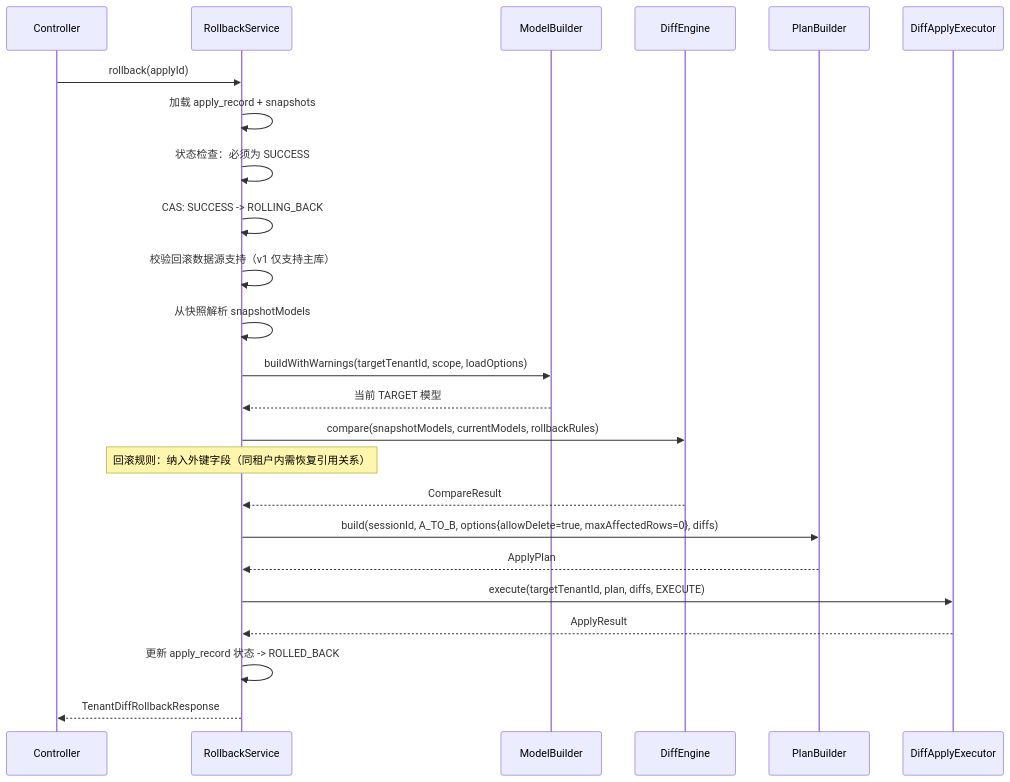
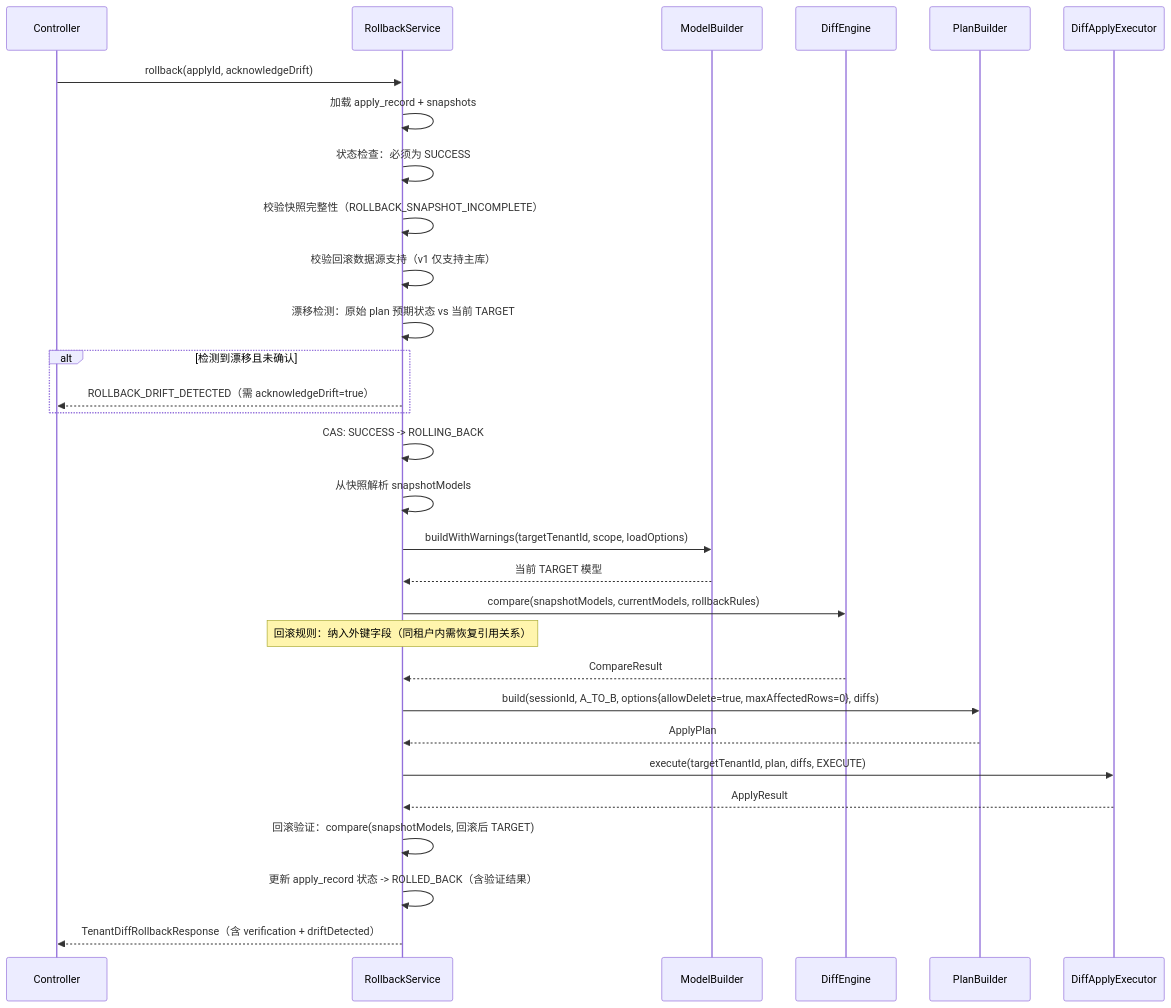
One commit to shiyongyin/diff changed the sixth of 9 diagrams in docs/design-doc.md. Above: the diagram before and after it, drawn with Mermaid. The commit also changed other lines of this file and 5 other files, not shown here.

````diff
--- a/docs/design-doc.md
+++ b/docs/design-doc.md
@@ -471,27 +486,33 @@
 ```mermaid
 sequenceDiagram
     participant C as Controller
     participant RS as RollbackService
     participant MB as ModelBuilder
     participant E as DiffEngine
     participant PB as PlanBuilder
     participant AE as DiffApplyExecutor
 
-    C->>RS: rollback(applyId)
+    C->>RS: rollback(applyId, acknowledgeDrift)
     RS->>RS: 加载 apply_record + snapshots
     RS->>RS: 状态检查：必须为 SUCCESS
+    RS->>RS: 校验快照完整性（ROLLBACK_SNAPSHOT_INCOMPLETE）
+    RS->>RS: 校验回滚数据源支持（v1 仅支持主库）
+    RS->>RS: 漂移检测：原始 plan 预期状态 vs 当前 TARGET
+    alt 检测到漂移且未确认
+        RS-->>C: ROLLBACK_DRIFT_DETECTED（需 acknowledgeDrift=true）
+    end
     RS->>RS: CAS: SUCCESS -> ROLLING_BACK
-    RS->>RS: 校验回滚数据源支持（v1 仅支持主库）
     RS->>RS: 从快照解析 snapshotModels
     RS->>MB: buildWithWarnings(targetTenantId, scope, loadOptions)
     MB-->>RS: 当前 TARGET 模型
     RS->>E: compare(snapshotModels, currentModels, rollbackRules)
     Note over RS: 回滚规则：纳入外键字段（同租户内需恢复引用关系）
     E-->>RS: CompareResult
     RS->>PB: build(sessionId, A_TO_B, options{allowDelete=true, maxAffectedRows=0}, diffs)
     PB-->>RS: ApplyPlan
     RS->>AE: execute(targetTenantId, plan, diffs, EXECUTE)
     AE-->>RS: ApplyResult
-    RS->>RS: 更新 apply_record 状态 -> ROLLED_BACK
-    RS-->>C: TenantDiffRollbackResponse
+    RS->>RS: 回滚验证：compare(snapshotModels, 回滚后 TARGET)
+    RS->>RS: 更新 apply_record 状态 -> ROLLED_BACK（含验证结果）
+    RS-->>C: TenantDiffRollbackResponse（含 verification + driftDetected）
 ```
````
